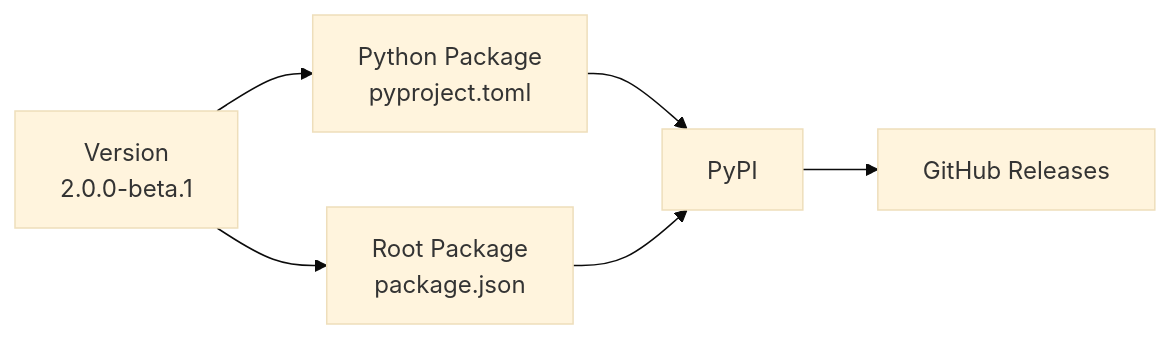
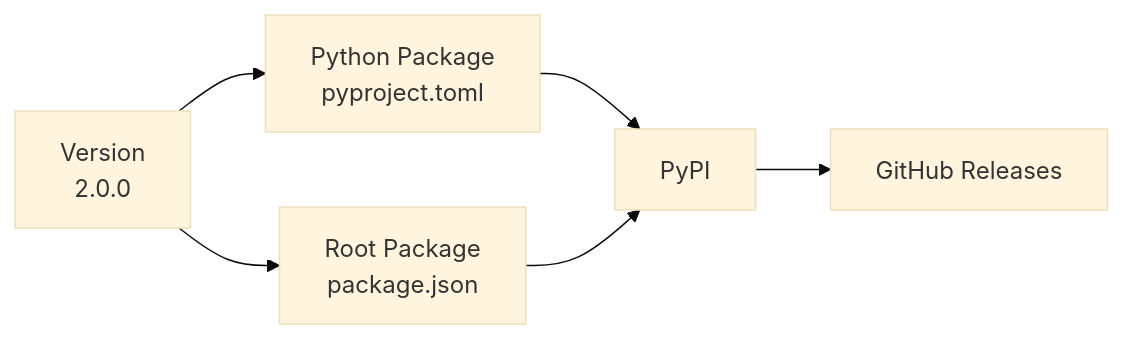
One commit to modelscope/modelscope-studio changed the fourth of 4 diagrams in .wiki/en/Project Overview/Version Info.md. Above: the diagram before and after it, drawn with Mermaid (base theme). The commit also changed other lines of this file and 19 other files, not shown here.

````diff
--- a/.wiki/en/Project Overview/Version Info.md
+++ b/.wiki/en/Project Overview/Version Info.md
@@ -268,8 +268,8 @@
 ```mermaid
 graph LR
-V["Version<br/>2.0.0-beta.1"] --> P["Python Package<br/>pyproject.toml"]
+V["Version<br/>2.0.0"] --> P["Python Package<br/>pyproject.toml"]
 V --> R["Root Package<br/>package.json"]
 P --> PYPI["PyPI"]
 R --> PYPI
 PYPI --> REL["GitHub Releases"]
 ```
````
